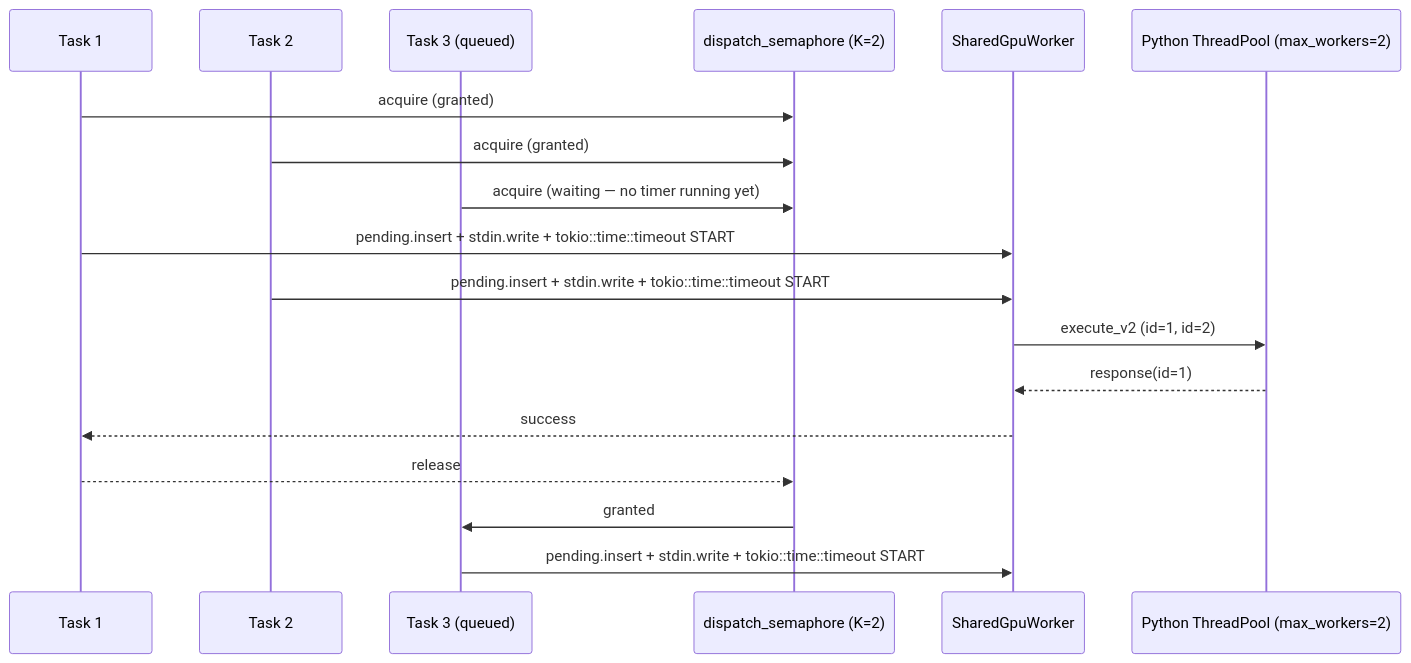
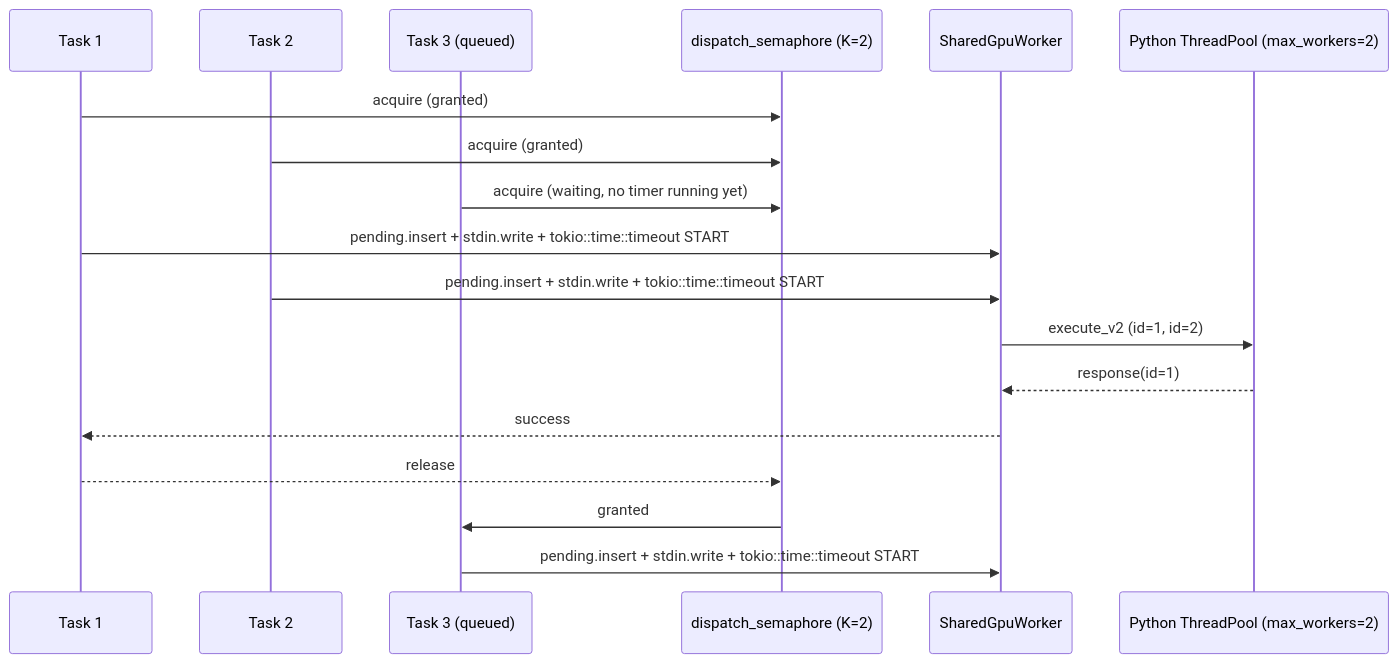
Before and after one commit to TalkBank/talkbank-tools: the third of 7 diagrams in book/src/architecture/runtime/batchalign-workers.md, drawn with Mermaid. The commit also changed other lines of this file and 706 other files, not shown here.

````diff
--- a/book/src/architecture/runtime/batchalign-workers.md
+++ b/book/src/architecture/runtime/batchalign-workers.md
@@ -111,21 +111,21 @@
 ```mermaid
 sequenceDiagram
     participant T1 as Task 1
     participant T2 as Task 2
     participant T3 as Task 3 (queued)
     participant Sem as dispatch_semaphore (K=2)
     participant Worker as SharedGpuWorker
     participant Py as Python ThreadPool (max_workers=2)
 
     T1->>Sem: acquire (granted)
     T2->>Sem: acquire (granted)
-    T3->>Sem: acquire (waiting — no timer running yet)
+    T3->>Sem: acquire (waiting, no timer running yet)
     T1->>Worker: pending.insert + stdin.write + tokio::time::timeout START
     T2->>Worker: pending.insert + stdin.write + tokio::time::timeout START
     Worker->>Py: execute_v2 (id=1, id=2)
     Py-->>Worker: response(id=1)
     Worker-->>T1: success
     T1-->>Sem: release
     Sem->>T3: granted
     T3->>Worker: pending.insert + stdin.write + tokio::time::timeout START
 ```
````
